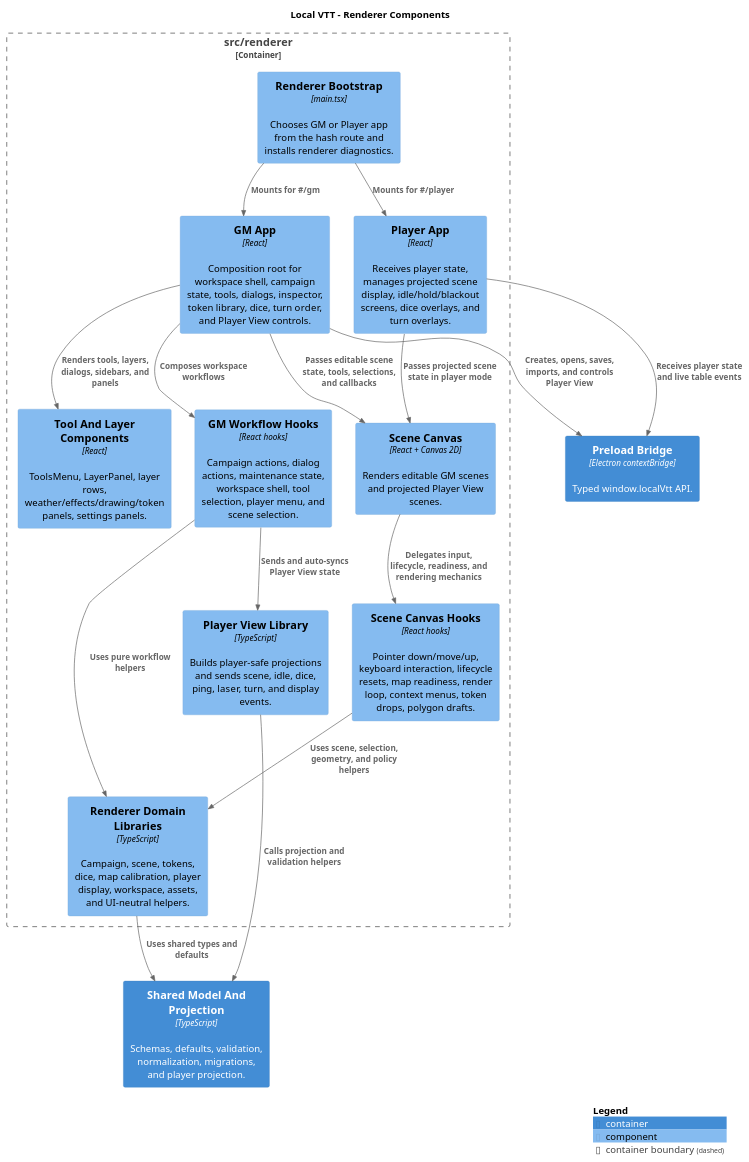
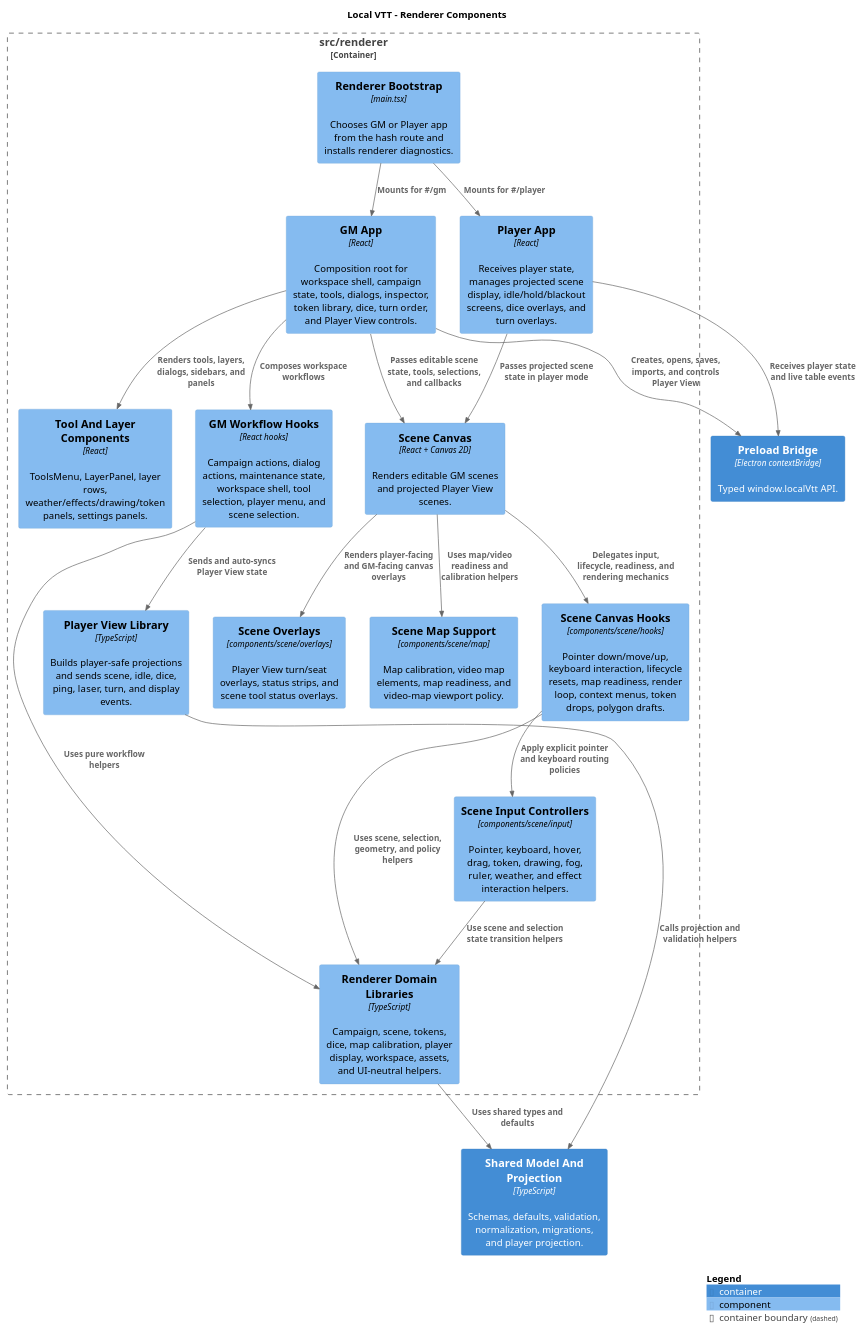
The fourth of 12 diagrams in docs/diagrams/plantuml.md (errorsallthethings/Local-VTT), drawn with PlantUML before and after one commit. The commit also changed other lines of this file and 3 other files, not shown here.

Commit message:
docs: update README and architecture documentation for clarity; refine asset handling details in diagrams

````diff
--- a/docs/diagrams/plantuml.md
+++ b/docs/diagrams/plantuml.md
@@ -118,46 +118,55 @@
 ```plantuml
 @startuml
 !includeurl https://raw.githubusercontent.com/plantuml-stdlib/C4-PlantUML/master/C4_Component.puml
 
 title Local VTT - Renderer Components
 
 Container_Boundary(renderer, "src/renderer") {
   Component(routeBootstrap, "Renderer Bootstrap", "main.tsx", "Chooses GM or Player app from the hash route and installs renderer diagnostics.")
   Component(gmApp, "GM App", "React", "Composition root for workspace shell, campaign state, tools, dialogs, inspector, token library, dice, turn order, and Player View controls.")
   Component(playerApp, "Player App", "React", "Receives player state, manages projected scene display, idle/hold/blackout screens, dice overlays, and turn overlays.")
   Component(sceneCanvas, "Scene Canvas", "React + Canvas 2D", "Renders editable GM scenes and projected Player View scenes.")
   Component(gmHooks, "GM Workflow Hooks", "React hooks", "Campaign actions, dialog actions, maintenance state, workspace shell, tool selection, player menu, and scene selection.")
-  Component(canvasHooks, "Scene Canvas Hooks", "React hooks", "Pointer down/move/up, keyboard interaction, lifecycle resets, map readiness, render loop, context menus, token drops, polygon drafts.")
+  Component(sceneInputControllers, "Scene Input Controllers", "components/scene/input", "Pointer, keyboard, hover, drag, token, drawing, fog, ruler, weather, and effect interaction helpers.")
+  Component(canvasHooks, "Scene Canvas Hooks", "components/scene/hooks", "Pointer down/move/up, keyboard interaction, lifecycle resets, map readiness, render loop, context menus, token drops, polygon drafts.")
+  Component(sceneOverlays, "Scene Overlays", "components/scene/overlays", "Player View turn/seat overlays, status strips, and scene tool status overlays.")
+  Component(sceneMapSupport, "Scene Map Support", "components/scene/map", "Map calibration, video map elements, map readiness, and video-map viewport policy.")
   Component(toolComponents, "Tool And Layer Components", "React", "ToolsMenu, LayerPanel, layer rows, weather/effects/drawing/token panels, settings panels.")
   Component(playerViewLib, "Player View Library", "TypeScript", "Builds player-safe projections and sends scene, idle, dice, ping, laser, turn, and display events.")
   Component(domainLibs, "Renderer Domain Libraries", "TypeScript", "Campaign, scene, tokens, dice, map calibration, player display, workspace, assets, and UI-neutral helpers.")
 }
 
 Container(preloadBridge, "Preload Bridge", "Electron contextBridge", "Typed window.localVtt API.")
 Container(sharedModel, "Shared Model And Projection", "TypeScript", "Schemas, defaults, validation, normalization, migrations, and player projection.")
 
 Rel(routeBootstrap, gmApp, "Mounts for #/gm")
 Rel(routeBootstrap, playerApp, "Mounts for #/player")
 Rel(gmApp, gmHooks, "Composes workspace workflows")
 Rel(gmApp, toolComponents, "Renders tools, layers, dialogs, sidebars, and panels")
 Rel(gmApp, sceneCanvas, "Passes editable scene state, tools, selections, and callbacks")
 Rel(playerApp, sceneCanvas, "Passes projected scene state in player mode")
 Rel(sceneCanvas, canvasHooks, "Delegates input, lifecycle, readiness, and rendering mechanics")
+Rel(sceneCanvas, sceneOverlays, "Renders player-facing and GM-facing canvas overlays")
+Rel(sceneCanvas, sceneMapSupport, "Uses map/video readiness and calibration helpers")
+Rel(canvasHooks, sceneInputControllers, "Apply explicit pointer and keyboard routing policies")
 Rel(gmHooks, playerViewLib, "Sends and auto-syncs Player View state")
 Rel(gmHooks, domainLibs, "Uses pure workflow helpers")
 Rel(canvasHooks, domainLibs, "Uses scene, selection, geometry, and policy helpers")
+Rel(sceneInputControllers, domainLibs, "Use scene and selection state transition helpers")
 Rel(playerViewLib, sharedModel, "Calls projection and validation helpers")
 Rel(gmApp, preloadBridge, "Creates, opens, saves, imports, and controls Player View")
 Rel(playerApp, preloadBridge, "Receives player state and live table events")
 Rel(domainLibs, sharedModel, "Uses shared types and defaults")
 
 Lay_R(routeBootstrap, gmApp)
 Lay_D(gmApp, sceneCanvas)
 Lay_R(gmApp, gmHooks)
 Lay_D(sceneCanvas, canvasHooks)
+Lay_R(sceneCanvas, sceneOverlays)
+Lay_D(canvasHooks, sceneInputControllers)
 Lay_R(gmHooks, playerViewLib)
 Lay_D(gmApp, preloadBridge)
 
 SHOW_LEGEND()
 @enduml
 ```
````
